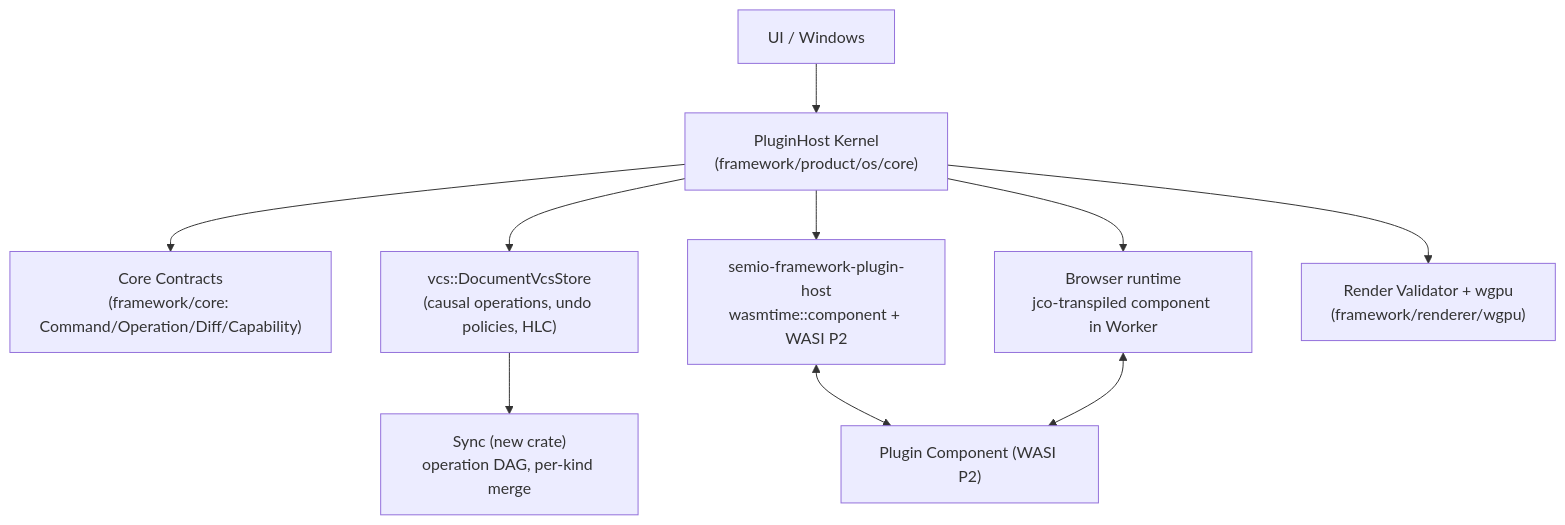
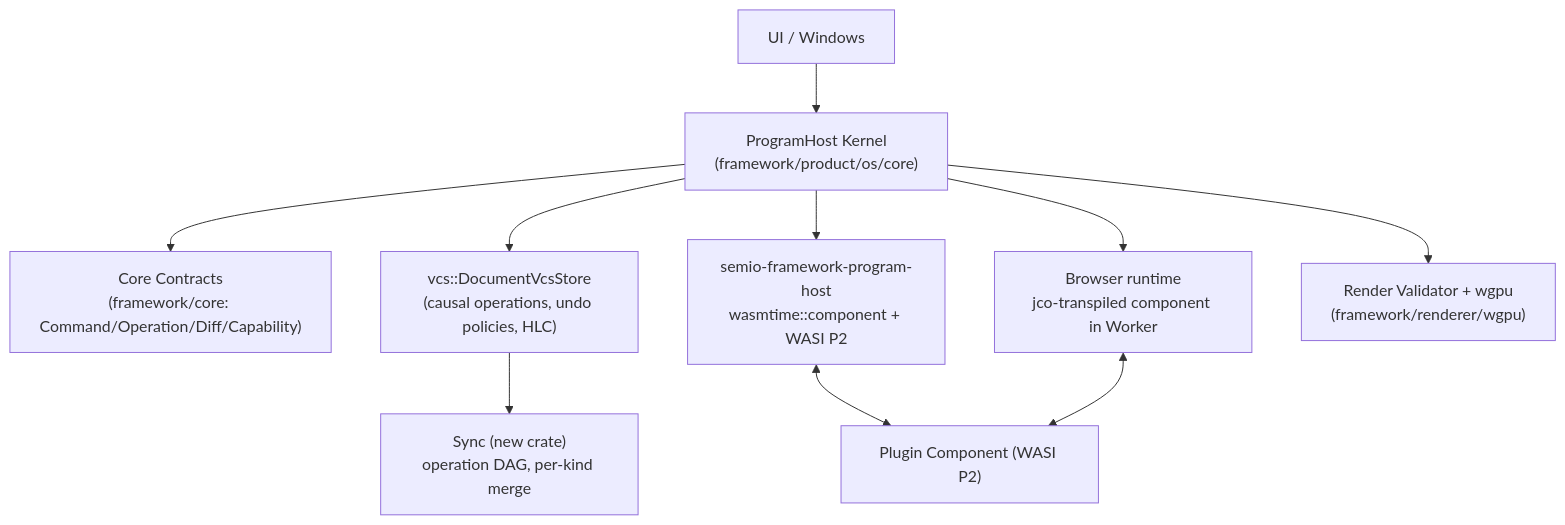
Before and after one commit to usalu/semio: the diagram in .cursor/plans/local-first_command_kernel_889943fb.plan.md, drawn with Mermaid. The commit also changed other lines of this file and 1361 other files, not shown here.

````diff
--- a/.cursor/plans/local-first_command_kernel_889943fb.plan.md
+++ b/.cursor/plans/local-first_command_kernel_889943fb.plan.md
@@ -30,22 +30,22 @@
 ```mermaid
 flowchart TD
     UI["UI / Windows"]
-    Kernel["PluginHost Kernel<br/>(framework/product/os/core)"]
+    Kernel["ProgramHost Kernel<br/>(framework/product/os/core)"]
     Core["Core Contracts<br/>(framework/core: Command/Operation/Diff/Capability)"]
     Store["vcs::DocumentVcsStore<br/>(causal operations, undo policies, HLC)"]
     Sync["Sync (new crate)<br/>operation DAG, per-kind merge"]
-    RuntimeNative["semio-framework-plugin-host<br/>wasmtime::component + WASI P2"]
+    RuntimeNative["semio-framework-program-host<br/>wasmtime::component + WASI P2"]
     RuntimeWeb["Browser runtime<br/>jco-transpiled component in Worker"]
     Render["Render Validator + wgpu<br/>(framework/renderer/wgpu)"]
     Plugin["Plugin Component (WASI P2)"]
 
     UI --> Kernel
     Kernel --> Core
     Kernel --> Store
     Store --> Sync
     Kernel --> RuntimeNative
     Kernel --> RuntimeWeb
     Kernel --> Render
     RuntimeNative <--> Plugin
     RuntimeWeb <--> Plugin
 ```
````
